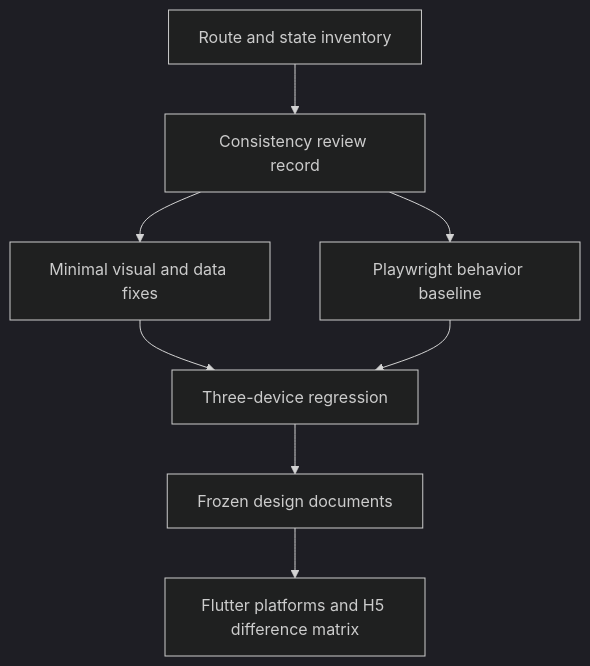
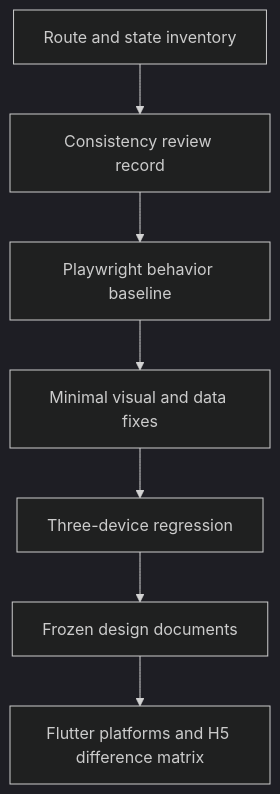
Before and after one commit to ZhcChen/redcode-im: the diagram in docs/plans/2026-08-01-002-refactor-im-ui-preview-stabilization-and-handoff-plan.md, drawn with Mermaid (dark theme). The commit also changed other lines of this file, not shown here.

````diff
--- a/docs/plans/2026-08-01-002-refactor-im-ui-preview-stabilization-and-handoff-plan.md
+++ b/docs/plans/2026-08-01-002-refactor-im-ui-preview-stabilization-and-handoff-plan.md
@@ -101,10 +101,9 @@
 ```mermaid
 flowchart TB
   A[Route and state inventory] --> B[Consistency review record]
-  B --> C[Minimal visual and data fixes]
   B --> D[Playwright behavior baseline]
+  D --> C[Minimal visual and data fixes]
   C --> E[Three-device regression]
-  D --> E
   E --> F[Frozen design documents]
   F --> G[Flutter platforms and H5 difference matrix]
 ```
````
